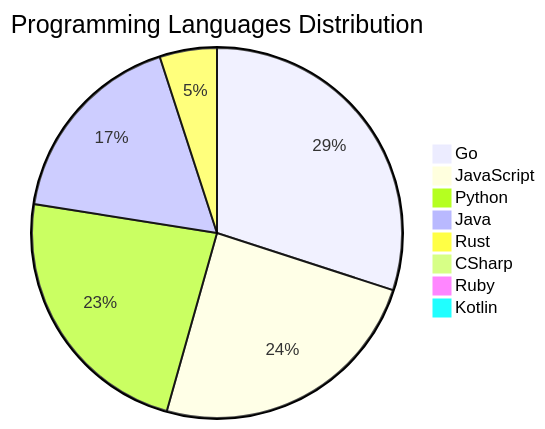
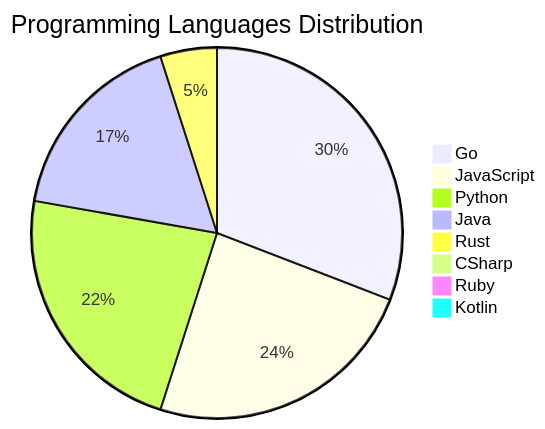
One commit to Derrick-MUGISHA/github-activity-bot changed the diagram in README.md. Above: the diagram before and after it, drawn with Mermaid. The commit also changed other lines of this file and 4 other files, not shown here.

````diff
--- a/README.md
+++ b/README.md
@@ -208,11 +208,11 @@
 ```mermaid
 pie title Programming Languages Distribution
-    "Go" : 48
+    "Go" : 50
     "JavaScript" : 39
     "Python" : 37
     "Java" : 28
     "Rust" : 8
     "CSharp" : 1
     "Ruby" : 1
     "Kotlin" : 1
 ```
````
